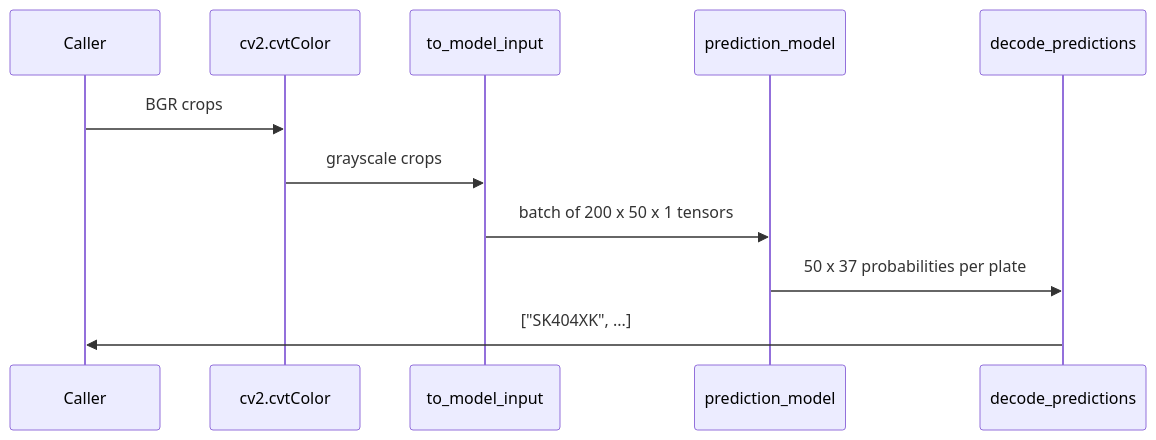
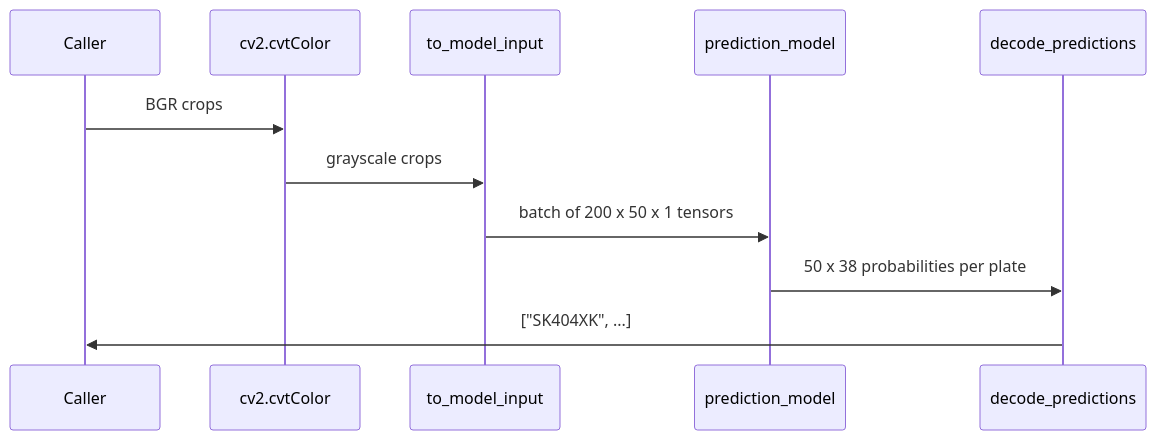
The seventh of 7 diagrams in README.md (RBorczuch/PlatesOCR), drawn with Mermaid before and after one commit. The commit also changed other lines of this file and 2 other files, not shown here.

````diff
--- a/README.md
+++ b/README.md
@@ -211,13 +234,13 @@
 ```mermaid
 sequenceDiagram
     participant U as Caller
     participant G as cv2.cvtColor
     participant T as to_model_input
     participant M as prediction_model
     participant D as decode_predictions
     U->>G: BGR crops
     G->>T: grayscale crops
     T->>M: batch of 200 x 50 x 1 tensors
-    M->>D: 50 x 37 probabilities per plate
+    M->>D: 50 x 38 probabilities per plate
     D->>U: ["SK404XK", ...]
 ```
````
